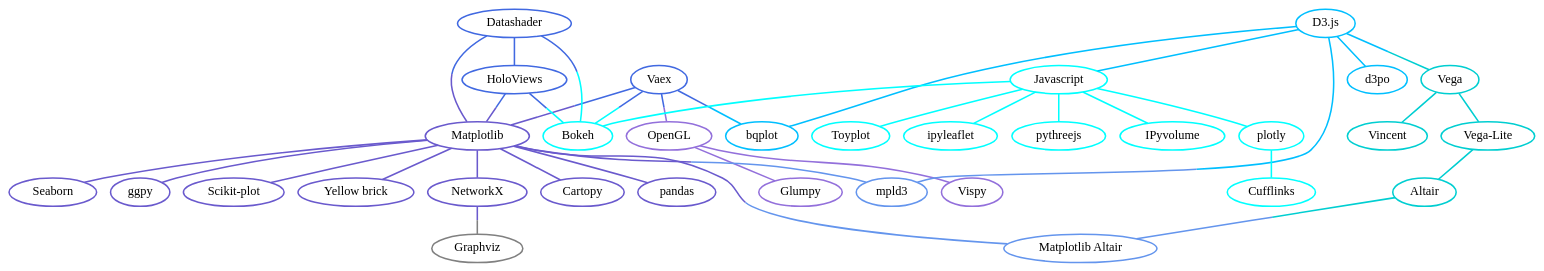
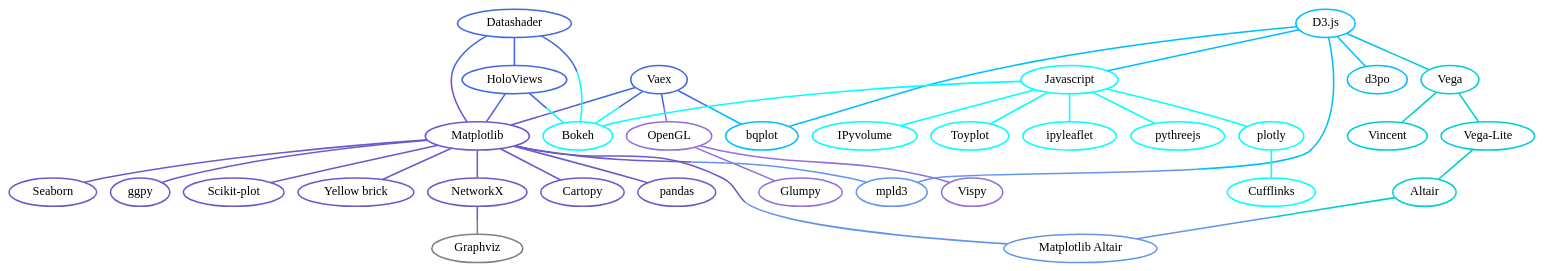
The diagram in docs/viz/index.rst (veit/jupyter-tutorial), drawn with Graphviz before and after one commit. The commit also changed other lines of this file and 2 other files, not shown here.

Commit message:
Move ipyleaflet to visualisation docs

```diff
--- a/docs/viz/index.rst
+++ b/docs/viz/index.rst
@@ -208,6 +208,12 @@
             color="cyan",
             target="_top",
             href="https://github.com/santosjorge/cufflinks"]
+        pythreejs [
+            label="pythreejs",
+            tooltip="Notebook-Extension\nfür WebGL-fähige Webbrowser",
+            color="cyan",
+            target="_top",
+            href="../viz/pythreejs.html"]
         ipyvolume [
             label="IPyvolume",
             tooltip="Python-Bibliothek zur\nVisualisierung von\nVolumen und -Glyphen",
@@ -225,19 +231,13 @@
             tooltip="Interaktive Karten für\nJupyter Notebooks",
             color="cyan",
             target="_top",
-            href="https://ipyleaflet.readthedocs.io/"]
+            href="../viz/ipyleaflet.html"]
         bokeh [
             label="Bokeh",
             tooltip="Interaktive Python-Bibliothek\nzur Datenvisualisierung\nin modernen Webbrowsern",
             color="cyan",
             target="_top",
             href="https://docs.bokeh.org/"]
-        pythreejs [
-            label="pythreejs",
-            tooltip="Notebook-Extension\nfür WebGL-fähige Webbrowser",
-            color="cyan",
-            target="_top",
-            href="../viz/pythreejs.html"]
         javascript -- ipyvolume [color="cyan"]
         javascript -- plotly [color="cyan"]
         plotly -- cufflinks [color="cyan"]
```
